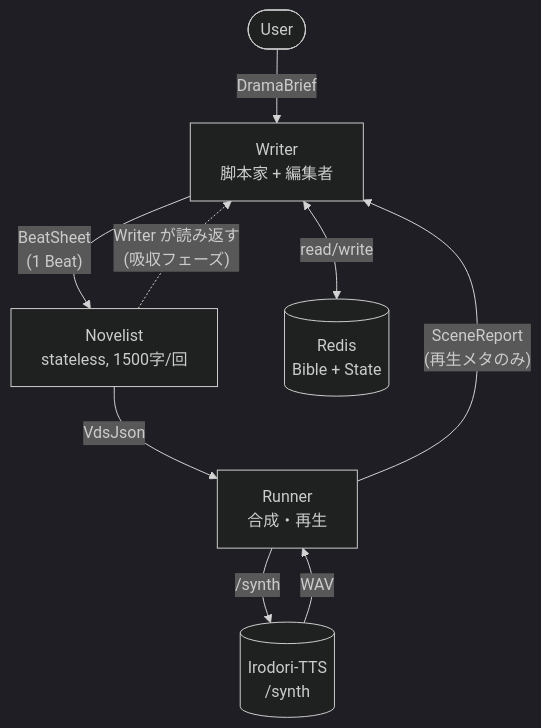
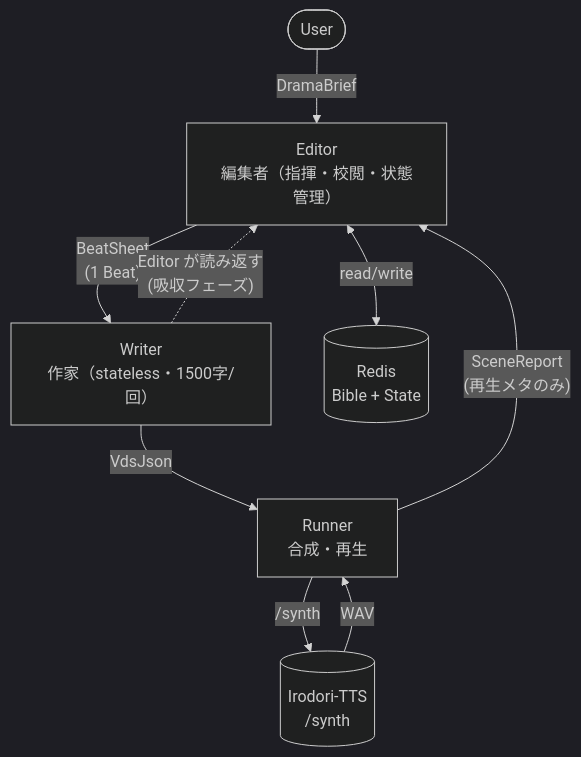
Before and after one commit to tkgstrator/Irodori-TTS-Discord-Bot: the diagram in docs/agent-protocol/README.md, drawn with Mermaid (dark theme). The commit also changed other lines of this file and 4 other files, not shown here.

````diff
--- a/docs/agent-protocol/README.md
+++ b/docs/agent-protocol/README.md
@@ -43,18 +44,18 @@
 ```mermaid
 flowchart TD
     User([User])
-    Writer["Writer<br/>脚本家 + 編集者"]
-    Novelist["Novelist<br/>stateless, 1500字/回"]
+    Editor["Editor<br/>編集者（指揮・校閲・状態管理）"]
+    Writer["Writer<br/>作家（stateless・1500字/回）"]
     Runner["Runner<br/>合成・再生"]
     Redis[("Redis<br/>Bible + State")]
     TTS[("Irodori-TTS<br/>/synth")]
 
-    User -- "DramaBrief" --> Writer
-    Writer <-- "read/write" --> Redis
-    Writer -- "BeatSheet<br/>(1 Beat)" --> Novelist
-    Novelist -- "VdsJson" --> Runner
-    Novelist -. "Writer が読み返す<br/>(吸収フェーズ)" .-> Writer
+    User -- "DramaBrief" --> Editor
+    Editor <-- "read/write" --> Redis
+    Editor -- "BeatSheet<br/>(1 Beat)" --> Writer
+    Writer -- "VdsJson" --> Runner
+    Writer -. "Editor が読み返す<br/>(吸収フェーズ)" .-> Editor
     Runner -- "/synth" --> TTS
     TTS -- "WAV" --> Runner
-    Runner -- "SceneReport<br/>(再生メタのみ)" --> Writer
+    Runner -- "SceneReport<br/>(再生メタのみ)" --> Editor
 ```
````
